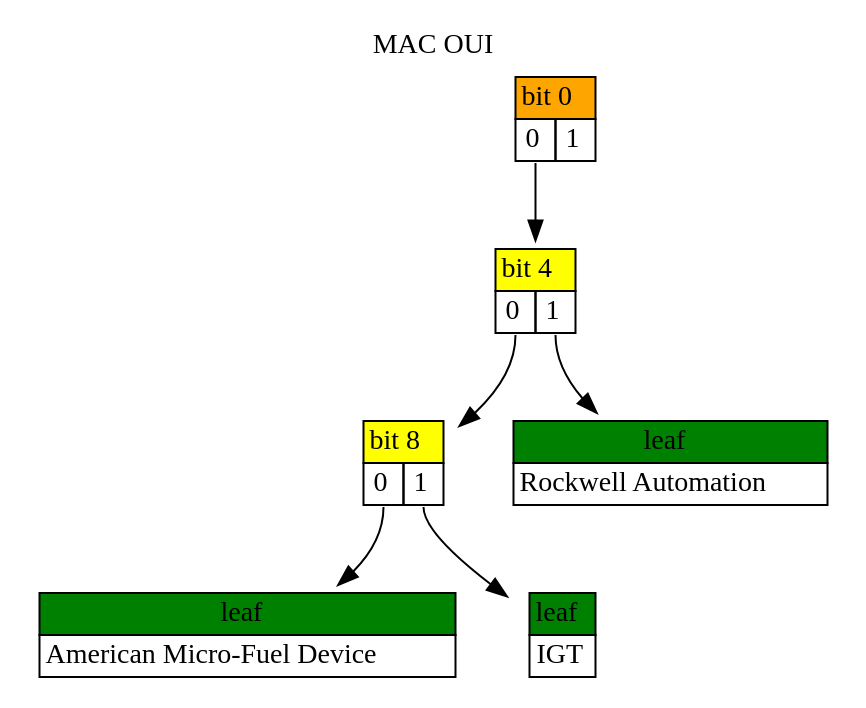
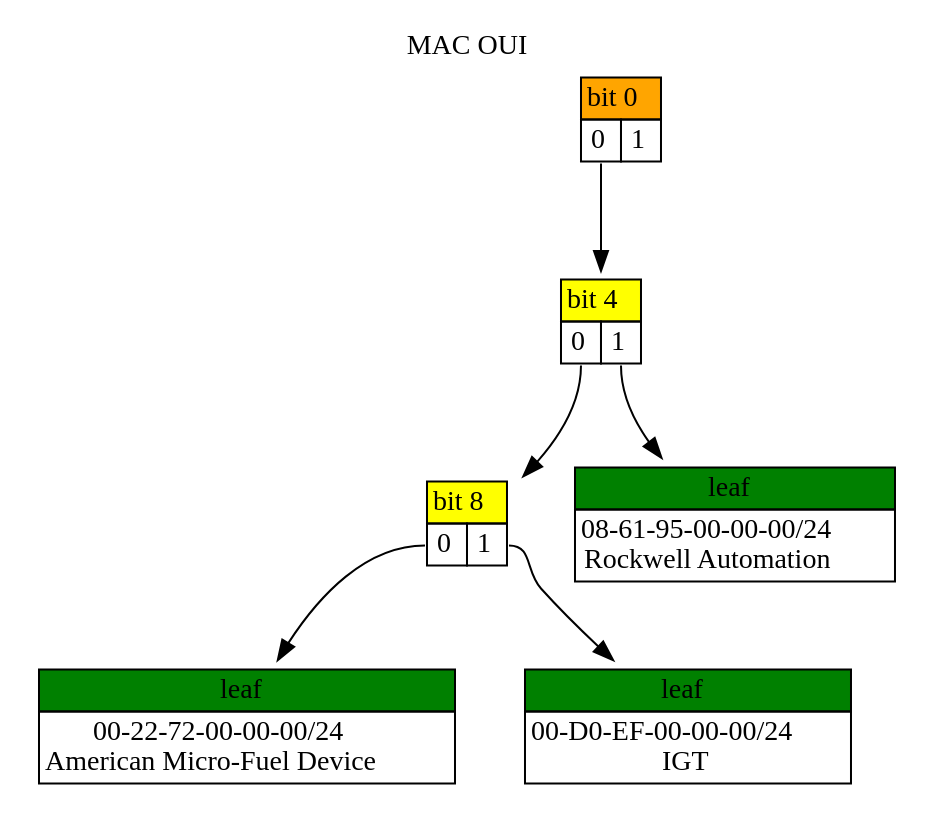
One commit to hertogp/iptrie changed the diagram in img/mac.dot. Above: the diagram before and after it, drawn with Graphviz. The commit also changed 5 other files, not shown here.

```diff
--- a/img/mac.dot
+++ b/img/mac.dot
@@ -1,47 +1,47 @@
 digraph Radix {
   labelloc="t";
   label="MAC OUI";
   rankdir="TB";
   ranksep="0.5 equally";
 N4 [label=<
   <TABLE BORDER="0" CELLBORDER="1" CELLSPACING="0">
     <TR><TD PORT="N4" BGCOLOR="green">leaf</TD></TR>
-    <TR><TD>Rockwell Automation</TD></TR>
+    <TR><TD>08-61-95-00-00-00/24<br/>Rockwell Automation</TD></TR>
   </TABLE>
   >, shape="plaintext"];
 N2 [label=<
   <TABLE BORDER="0" CELLBORDER="1" CELLSPACING="0">
     <TR><TD PORT="N2" BGCOLOR="green">leaf</TD></TR>
-    <TR><TD>IGT</TD></TR>
+    <TR><TD>00-D0-EF-00-00-00/24<br/>IGT</TD></TR>
   </TABLE>
   >, shape="plaintext"];
 N1 [label=<
   <TABLE BORDER="0" CELLBORDER="1" CELLSPACING="0">
     <TR><TD PORT="N1" BGCOLOR="green">leaf</TD></TR>
-    <TR><TD>American Micro-Fuel Device</TD></TR>
+    <TR><TD>00-22-72-00-00-00/24<br/>American Micro-Fuel Device</TD></TR>
   </TABLE>
   >, shape="plaintext"];
 N3:R -> N2;
 N3:L -> N1;
 N3 [label=<
   <TABLE BORDER="0" CELLBORDER="1" CELLSPACING="0">
     <TR><TD PORT="N3" COLSPAN="2" BGCOLOR="yellow">bit 8</TD></TR>
     <TR><TD PORT="L">0</TD><TD PORT="R">1</TD></TR>
   </TABLE>
 >, shape="plaintext"];
 N5:R -> N4;
 N5:L -> N3;
 N5 [label=<
   <TABLE BORDER="0" CELLBORDER="1" CELLSPACING="0">
     <TR><TD PORT="N5" COLSPAN="2" BGCOLOR="yellow">bit 4</TD></TR>
     <TR><TD PORT="L">0</TD><TD PORT="R">1</TD></TR>
   </TABLE>
 >, shape="plaintext"];
 N7:L -> N5;
 N7 [label=<
   <TABLE BORDER="0" CELLBORDER="1" CELLSPACING="0">
     <TR><TD PORT="N7" COLSPAN="2" BGCOLOR="orange">bit 0</TD></TR>
     <TR><TD PORT="L">0</TD><TD PORT="R">1</TD></TR>
   </TABLE>
 >, shape="plaintext"];
 }
```
